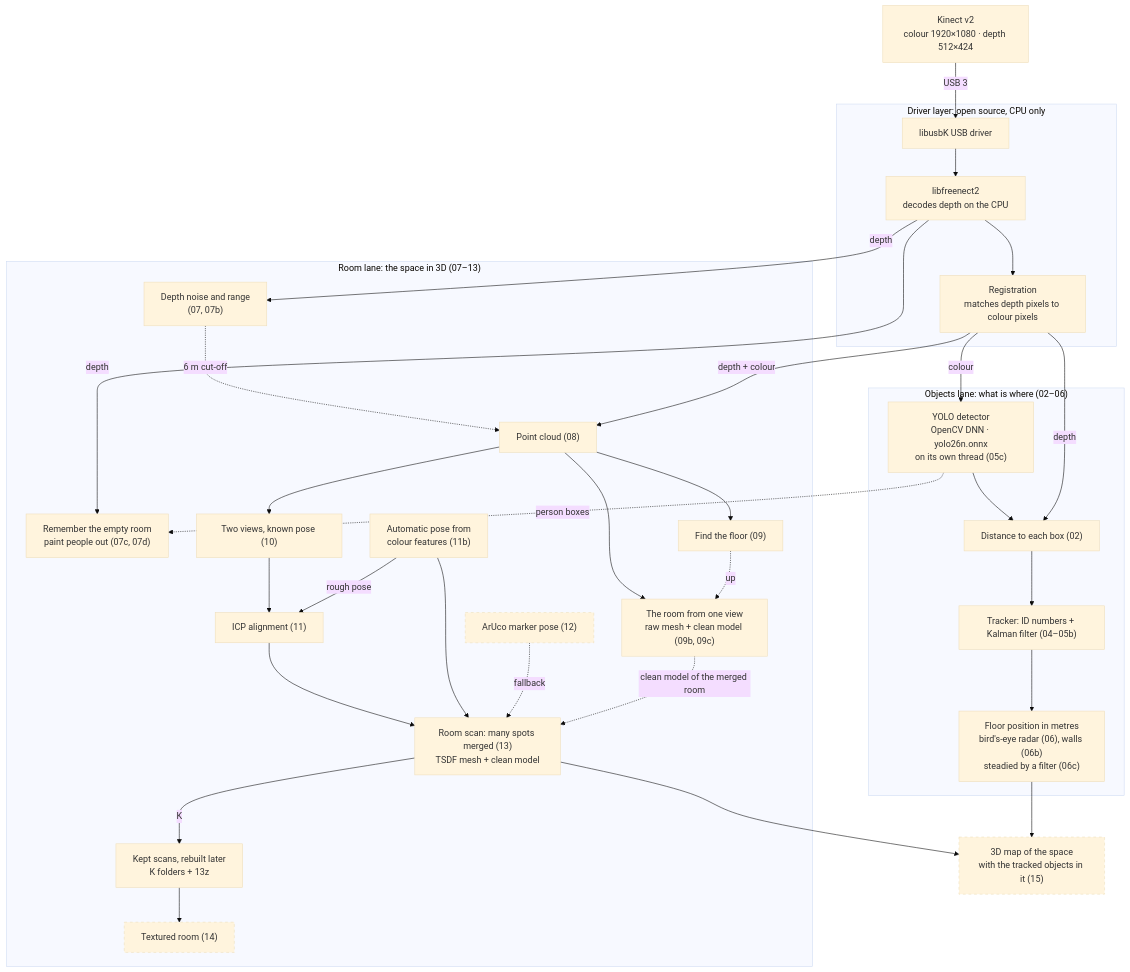
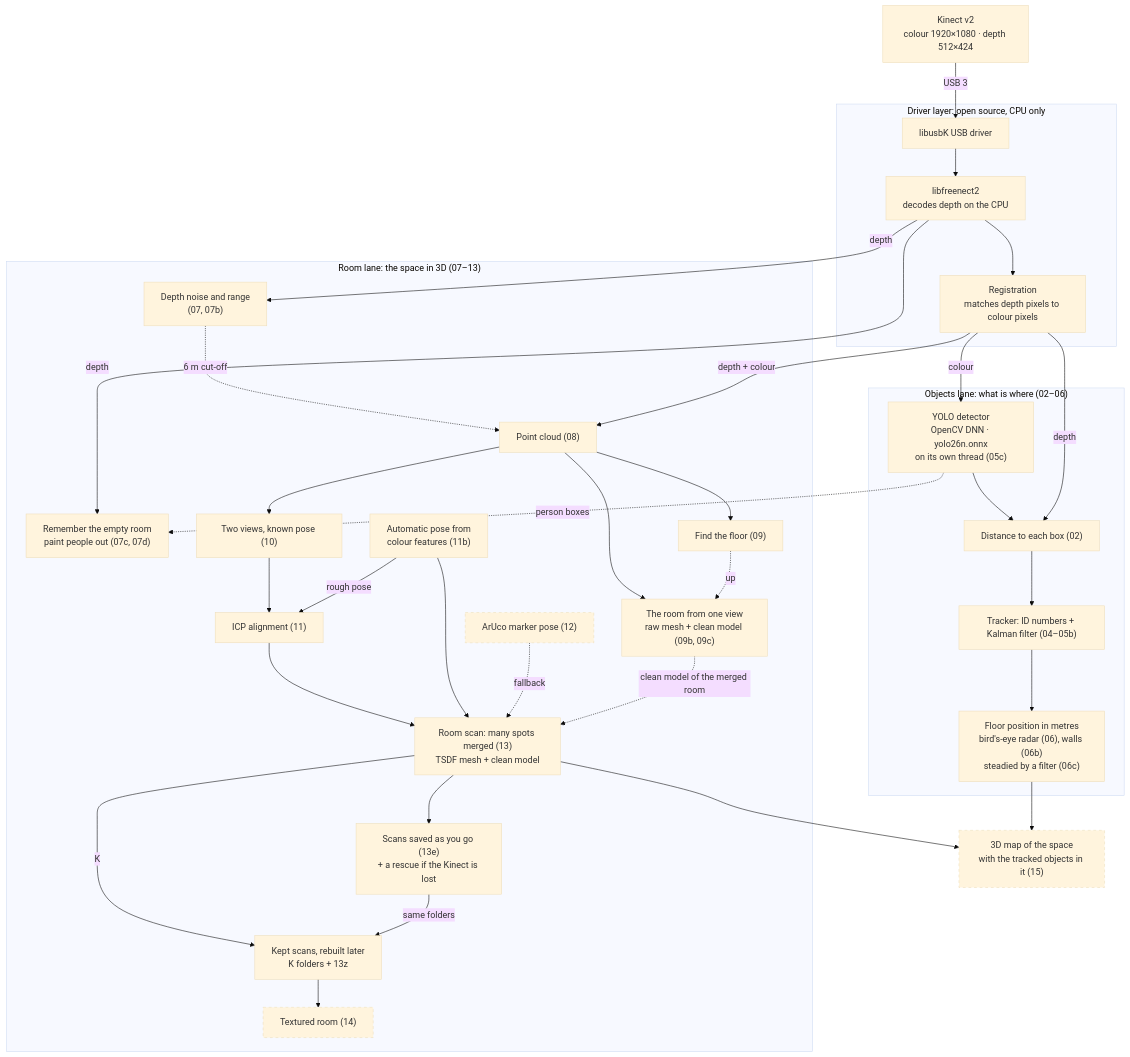
Before and after one commit to Kramav/Spotter: the diagram in README.md, drawn with Mermaid (base theme). The commit also changed other lines of this file and 10 other files, not shown here.

````diff
--- a/README.md
+++ b/README.md
@@ -17,57 +17,59 @@
 ```mermaid
 flowchart TB
     K["Kinect v2<br/>colour 1920×1080 · depth 512×424"]
 
     subgraph DRV["Driver layer: open source, CPU only"]
         U["libusbK USB driver"] --> F["libfreenect2<br/>decodes depth on the CPU"]
         F --> R["Registration<br/>matches depth pixels to colour pixels"]
     end
     K -->|USB 3| U
 
     subgraph OBJ["Objects lane: what is where (02–06)"]
         Y["YOLO detector<br/>OpenCV DNN · yolo26n.onnx<br/>on its own thread (05c)"]
         D["Distance to each box (02)"]
         T["Tracker: ID numbers + Kalman filter (04–05b)"]
         X["Floor position in metres<br/>bird's-eye radar (06), walls (06b)<br/>steadied by a filter (06c)"]
         Y --> D --> T --> X
     end
 
     subgraph ROOM["Room lane: the space in 3D (07–13)"]
         AV["Depth noise and range<br/>(07, 07b)"]
         BG["Remember the empty room<br/>paint people out (07c, 07d)"]
         PC["Point cloud (08)"]
         FL["Find the floor (09)"]
         RM["The room from one view<br/>raw mesh + clean model (09b, 09c)"]
         V11b["Automatic pose from<br/>colour features (11b)"]
         V10["Two views, known pose (10)"]
         V11["ICP alignment (11)"]
         V12["ArUco marker pose (12)"]
         V13["Room scan: many spots merged (13)<br/>TSDF mesh + clean model"]
+        SAFE["Scans saved as you go (13e)<br/>+ a rescue if the Kinect is lost"]
         KEEP["Kept scans, rebuilt later<br/>K folders + 13z"]
         TEX["Textured room (14)"]
         AV -.->|6 m cut-off| PC
         PC --> FL
         PC --> RM
         FL -.->|up| RM
         PC --> V10 --> V11 --> V13
         V11b -->|rough pose| V11
         V11b --> V13
         V12 -.->|fallback| V13
         RM -.->|clean model of the merged room| V13
         V13 -->|K| KEEP --> TEX
+        V13 --> SAFE -->|same folders| KEEP
     end
 
     R -->|colour| Y
     R -->|depth| D
     F -->|depth| AV
     F -->|depth| BG
     R -->|depth + colour| PC
     Y -.->|person boxes| BG
 
     MAP["3D map of the space<br/>with the tracked objects in it (15)"]
     X --> MAP
     V13 --> MAP
 
     classDef planned stroke-dasharray: 5 5
     class V12,TEX,MAP planned
 ```
````
